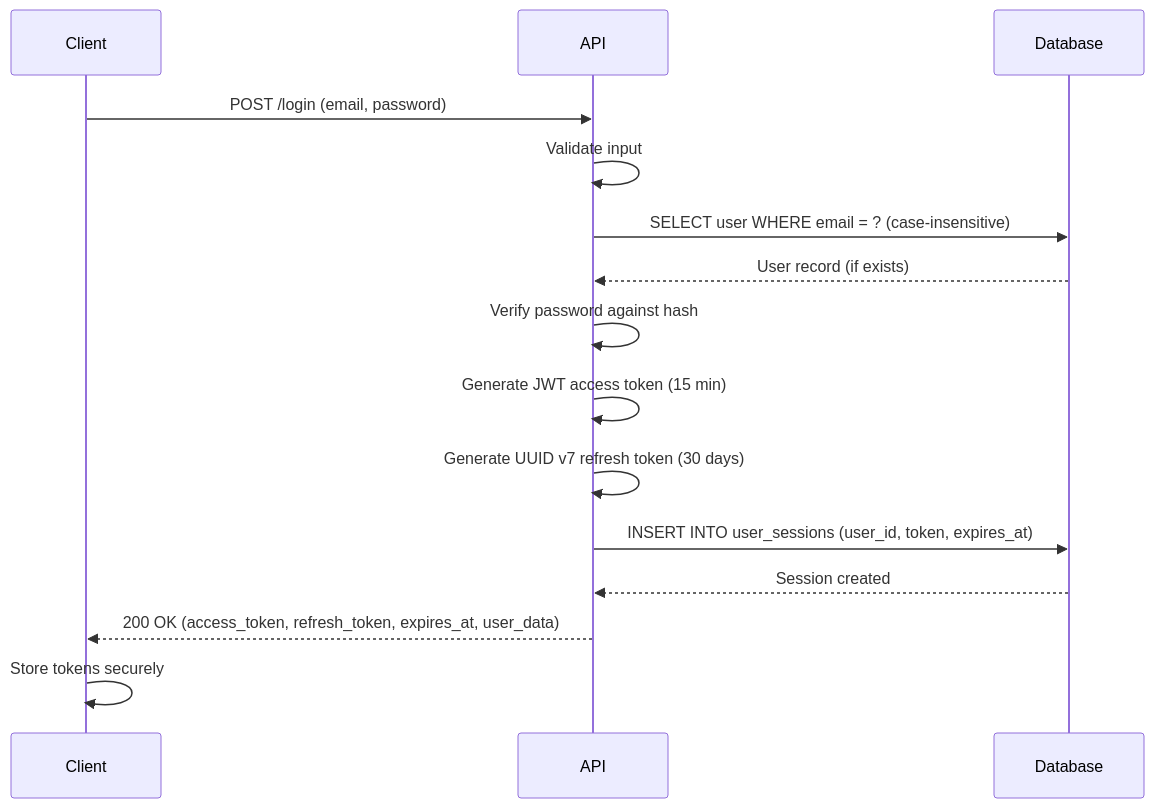
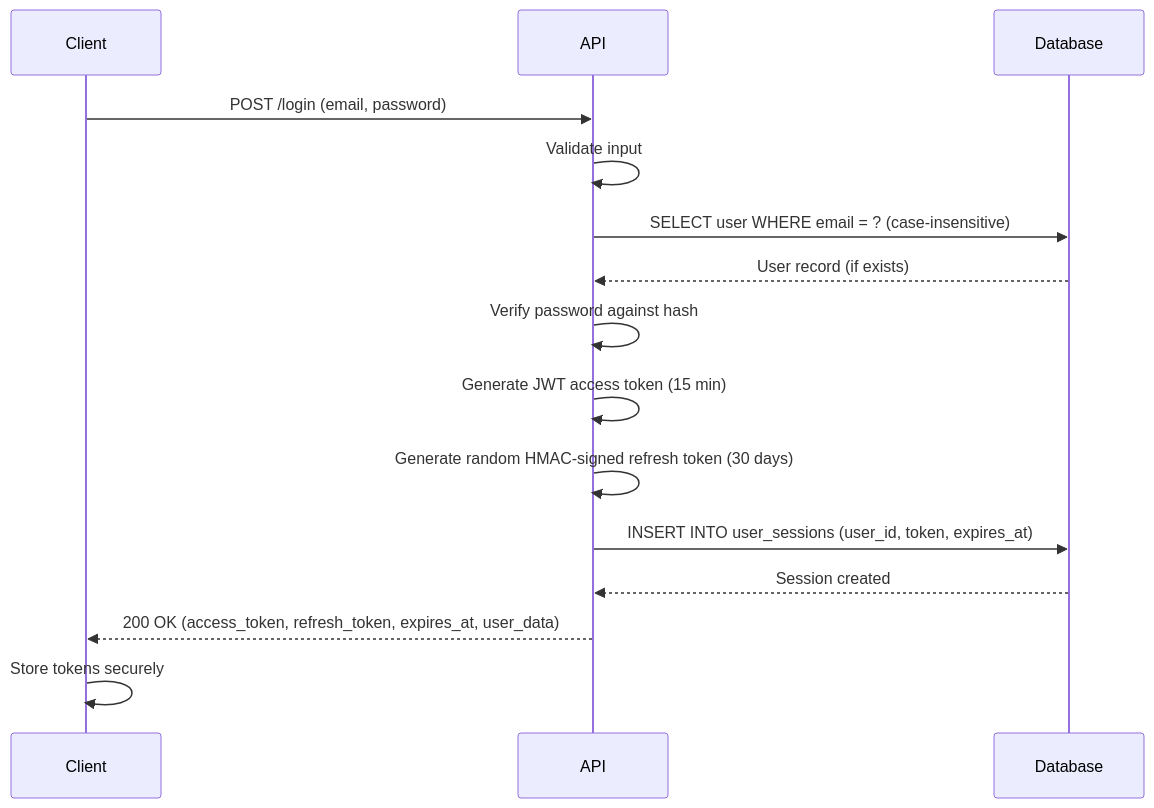
The second of 7 diagrams in backend/docs/AUTHENTICATION.md (quanhua92/buildscale-ai), drawn with Mermaid before and after one commit. The commit also changed other lines of this file and 6 other files, not shown here.

First line of the commit message:
docs: update refresh token security references in documentation

````diff
--- a/backend/docs/AUTHENTICATION.md
+++ b/backend/docs/AUTHENTICATION.md
@@ -23,18 +23,18 @@
 ```mermaid
 sequenceDiagram
     participant Client
     participant API
     participant Database
 
     Client->>API: POST /login (email, password)
     API->>API: Validate input
     API->>Database: SELECT user WHERE email = ? (case-insensitive)
     Database-->>API: User record (if exists)
     API->>API: Verify password against hash
     API->>API: Generate JWT access token (15 min)
-    API->>API: Generate UUID v7 refresh token (30 days)
+    API->>API: Generate random HMAC-signed refresh token (30 days)
     API->>Database: INSERT INTO user_sessions (user_id, token, expires_at)
     Database-->>API: Session created
     API-->>Client: 200 OK (access_token, refresh_token, expires_at, user_data)
     Client->>Client: Store tokens securely
 ```
````
